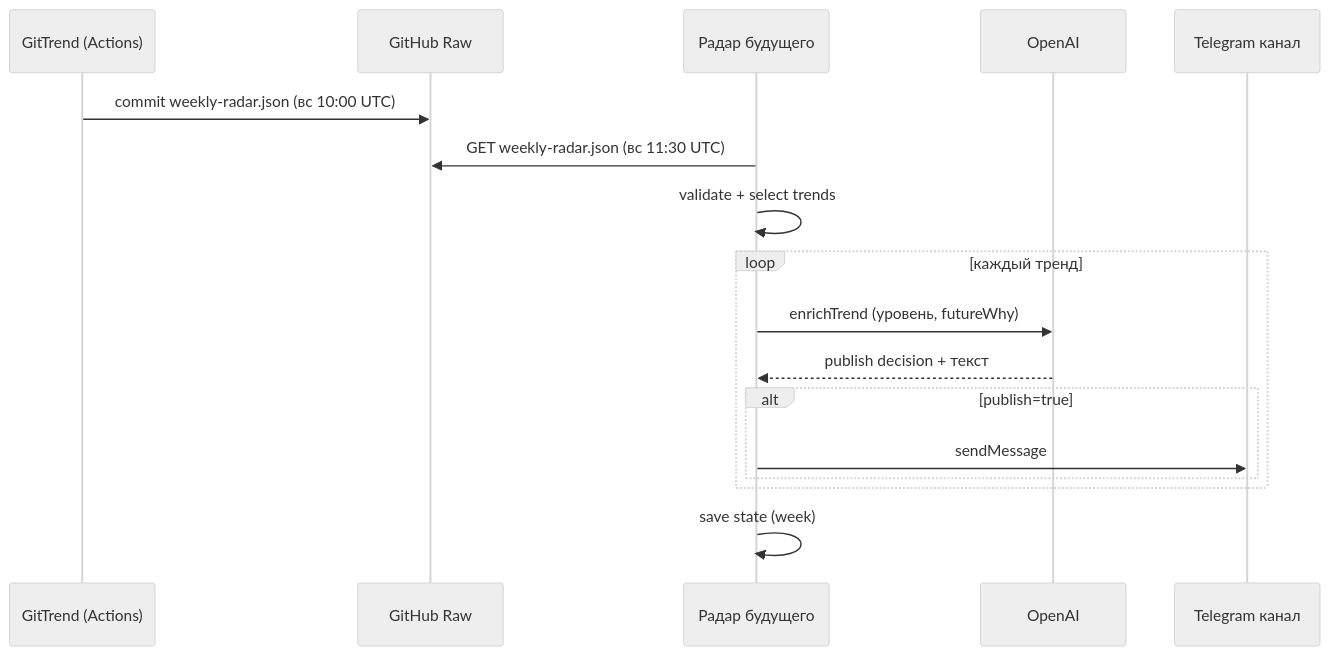
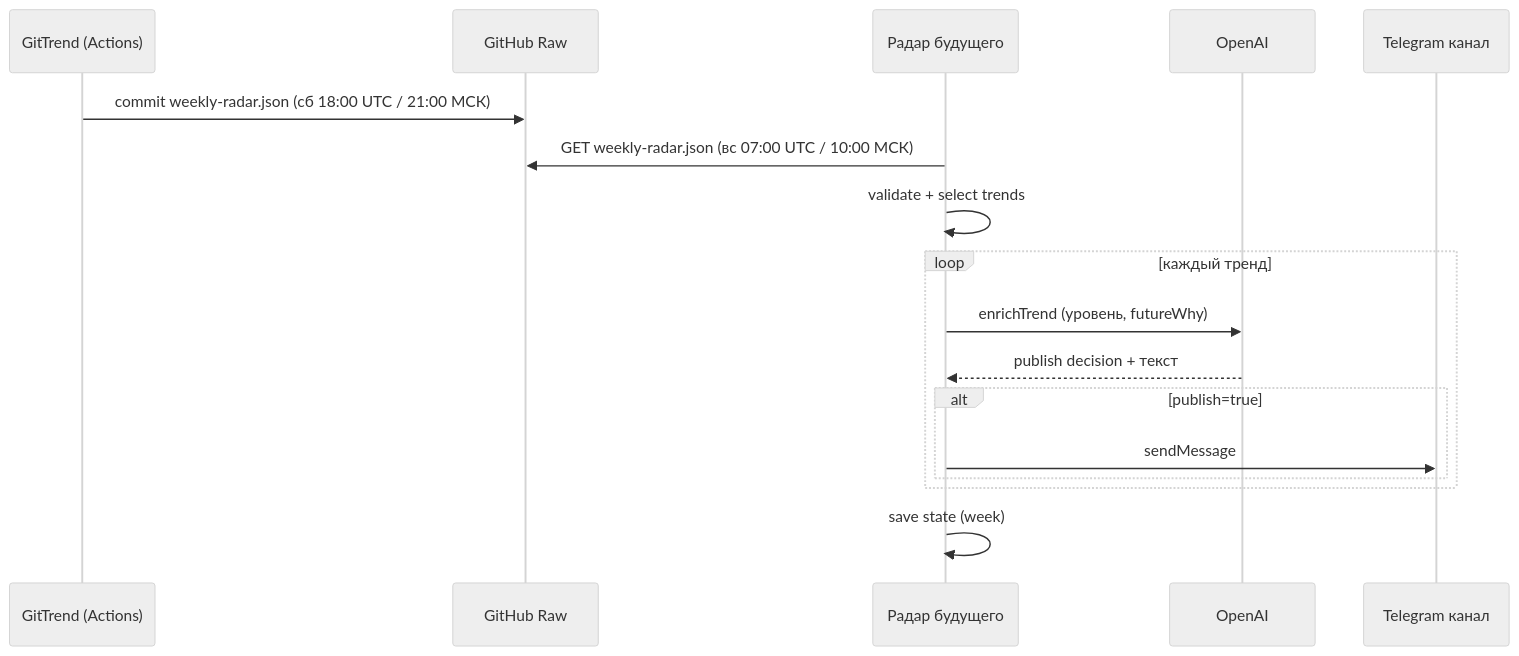
One commit to zobnin8-ux/gitrend changed the diagram in docs/RADAR-FUTURE-INTEGRATION-TZ.md. Above: the diagram before and after it, drawn with Mermaid (neutral theme). The commit also changed other lines of this file and 3 other files, not shown here.

First line of the commit message:
Schedule weekly radar for Saturday evening MSK.

````diff
--- a/docs/RADAR-FUTURE-INTEGRATION-TZ.md
+++ b/docs/RADAR-FUTURE-INTEGRATION-TZ.md
@@ -386,20 +386,20 @@
 ```mermaid
 sequenceDiagram
   participant GT as GitTrend (Actions)
   participant GH as GitHub Raw
   participant RF as Радар будущего
   participant OAI as OpenAI
   participant TG as Telegram канал
 
-  GT->>GH: commit weekly-radar.json (вс 10:00 UTC)
-  RF->>GH: GET weekly-radar.json (вс 11:30 UTC)
+  GT->>GH: commit weekly-radar.json (сб 18:00 UTC / 21:00 МСК)
+  RF->>GH: GET weekly-radar.json (вс 07:00 UTC / 10:00 МСК)
   RF->>RF: validate + select trends
   loop каждый тренд
     RF->>OAI: enrichTrend (уровень, futureWhy)
     OAI-->>RF: publish decision + текст
     alt publish=true
       RF->>TG: sendMessage
     end
   end
   RF->>RF: save state (week)
 ```
````
